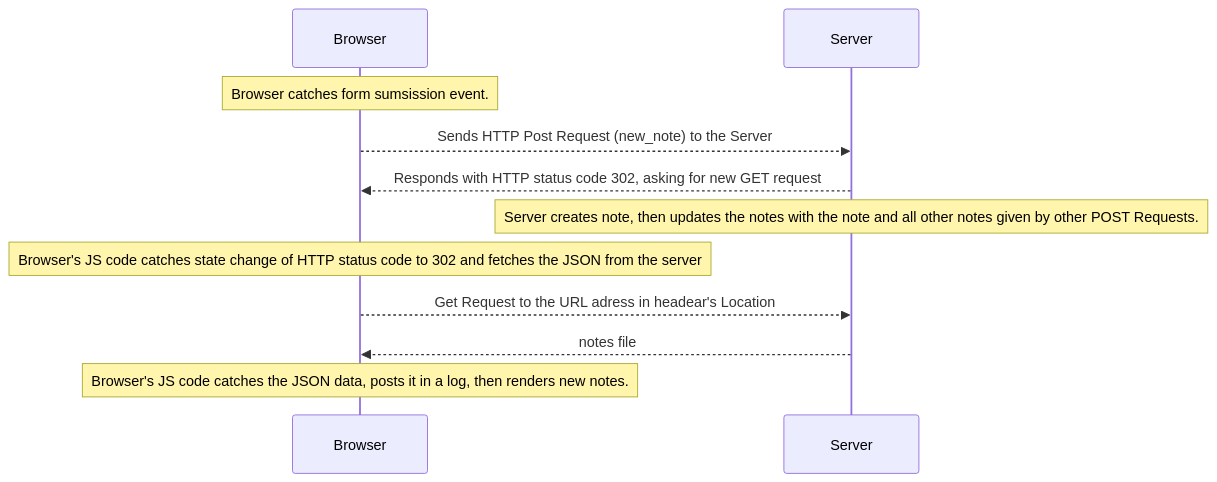
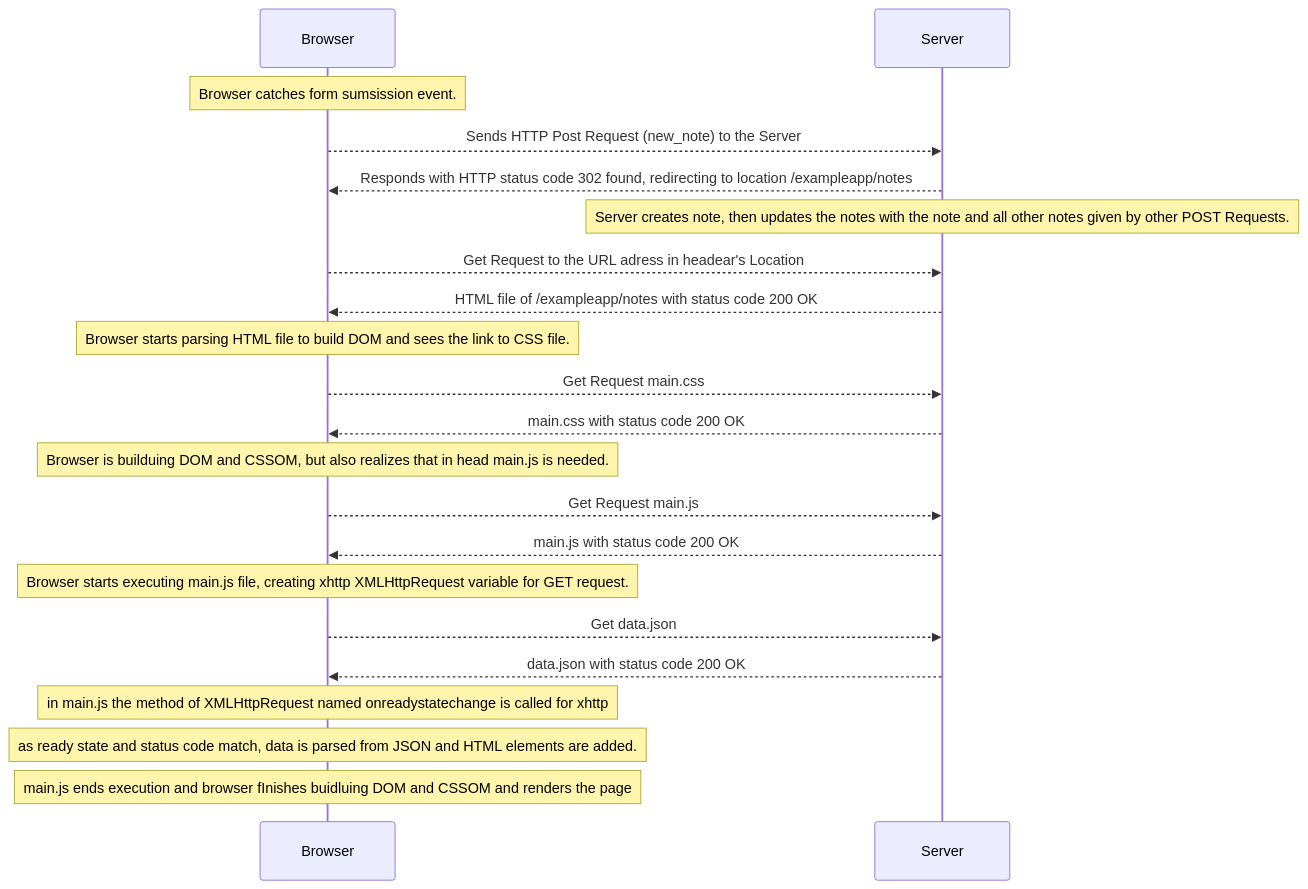
Before and after one commit to M-Maciej/FullStackOpen: the diagram in part-0/0-4.md, drawn with Mermaid. The commit also changed other lines of this file, not shown here.

````diff
--- a/part-0/0-4.md
+++ b/part-0/0-4.md
@@ -1,19 +3,35 @@
 ```mermaid
   sequenceDiagram
     participant Br as Browser
     participant Se as Server
     
     %% Form handling
     Note over Br: Browser catches form sumsission event. 
     Br-->>Se: Sends HTTP Post Request (new_note) to the Server
-    Se-->>Br: Responds with HTTP status code 302, asking for new GET request
-    
+    Se-->>Br: Responds with HTTP status code 302 found, redirecting to location /exampleapp/notes
+
+    %% Get HTML notes page request.
+    Note over Se: Server creates note, then updates the notes with the note and all other notes given by other POST Requests.
+    Br-->>Se: Get Request to the URL adress in headear's Location
+    Se-->>Br: HTML file of /exampleapp/notes with status code 200 OK
+
+    %% Get CSS file request
+    Note over Br: Browser starts parsing HTML file to build DOM and sees the link to CSS file.
+    Br-->>Se: Get Request main.css
+    Se-->>Br: main.css with status code 200 OK
+
+    %% Get JS file request
+    Note over Br: Browser is builduing DOM and CSSOM, but also realizes that in head main.js is needed.
+    Br-->>Se: Get Request main.js
+    Se-->>Br: main.js with status code 200 OK
+
     %% Fetch JSON request
-    Note over Se: Server creates note, then updates the notes with the note and all other notes given by other POST Requests.
-    Note over Br: Browser's JS code catches state change of HTTP status code to 302 and fetches the JSON from the server
-    Br-->>Se: Get Request to the URL adress in headear's Location
-    Se-->>Br: notes file
-    
-    %% Rendering notes
-    Note over Br: Browser's JS code catches the JSON data, posts it in a log, then renders new notes. 
+    Note over Br: Browser starts executing main.js file, creating xhttp XMLHttpRequest variable for GET request.
+    Br-->>Se: Get data.json
+    Se-->>Br: data.json with status code 200 OK
+
+    %% Builduing site
+    Note over Br: in main.js the method of XMLHttpRequest named onreadystatechange is called for xhttp
+    Note over Br: as ready state and status code match, data is parsed from JSON and HTML elements are added.
+    Note over Br: main.js ends execution and browser fInishes buidluing DOM and CSSOM and renders the page
 ```
````
